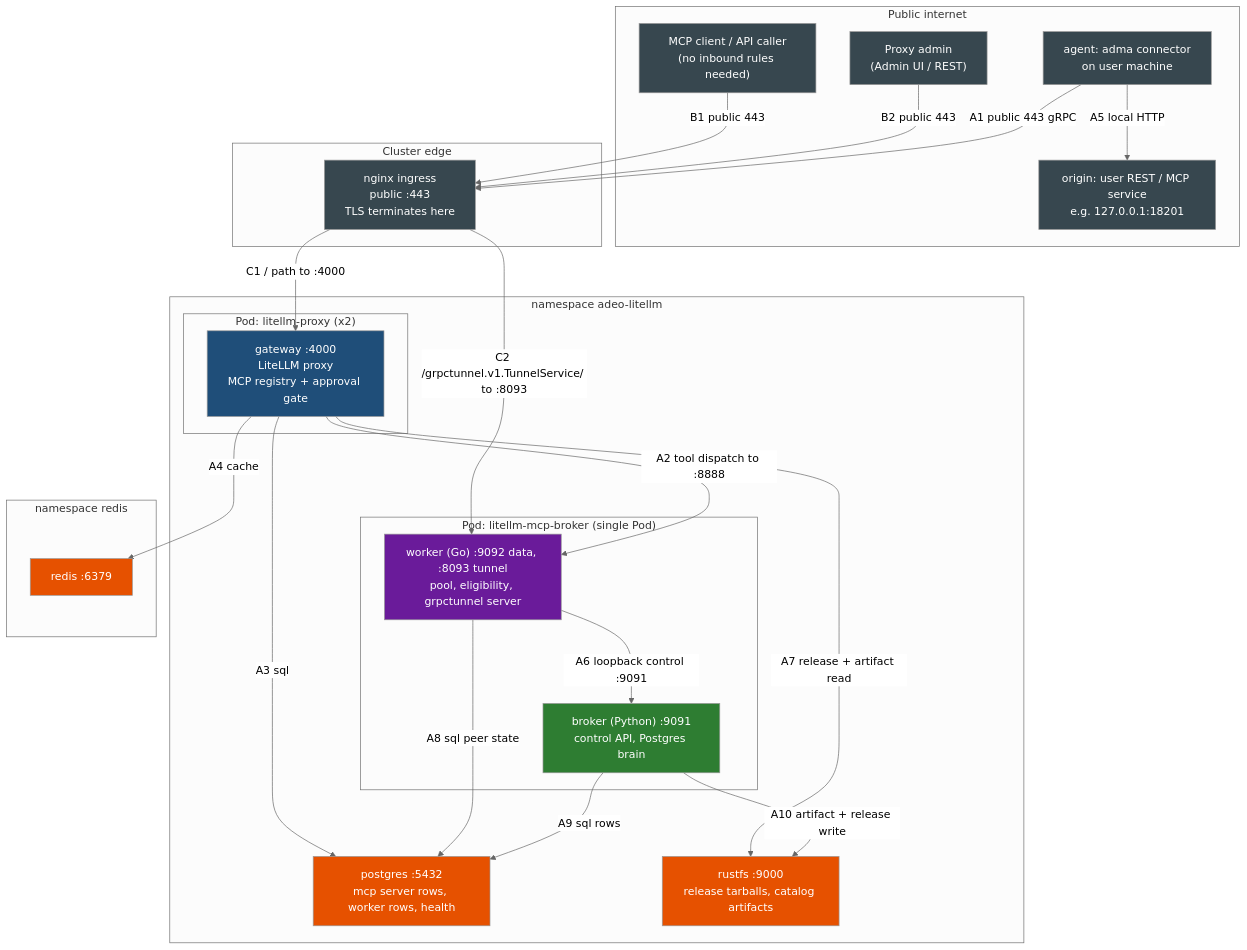
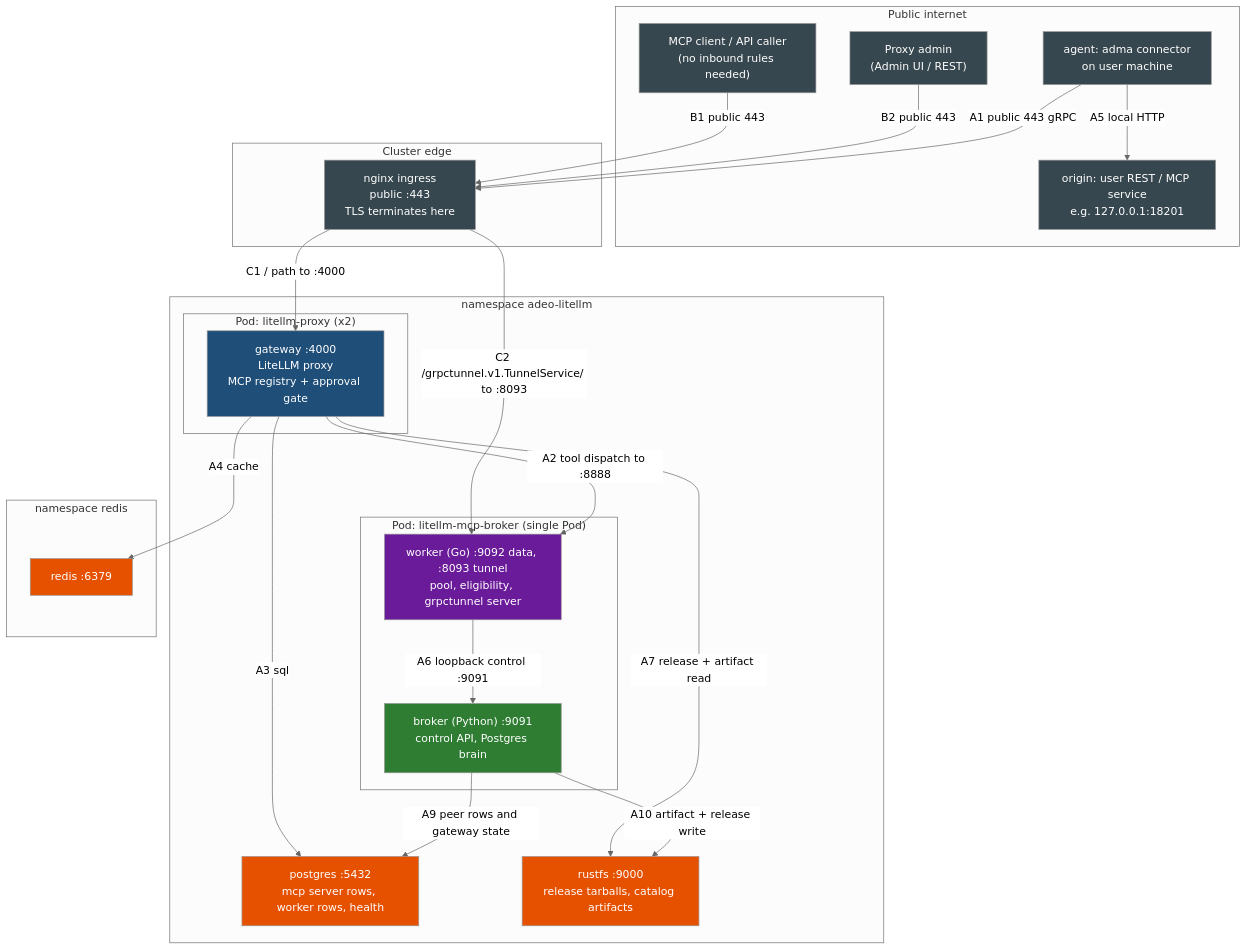
One commit to AITDEV00/litellm changed the diagram in oicm-litellm-layer/docs/mcp-architecture-qa/01-topology-diagram.md. Above: the diagram before and after it, drawn with Mermaid (neutral theme). The commit also changed other lines of this file and 18 other files, not shown here.

````diff
--- a/oicm-litellm-layer/docs/mcp-architecture-qa/01-topology-diagram.md
+++ b/oicm-litellm-layer/docs/mcp-architecture-qa/01-topology-diagram.md
@@ -35,60 +35,59 @@
 ```mermaid
 flowchart TB
     subgraph internet["Public internet"]
         client["MCP client / API caller<br/>(no inbound rules needed)"]
         admin["Proxy admin<br/>(Admin UI / REST)"]
         agent["agent: adma connector<br/>on user machine"]
         origin["origin: user REST / MCP service<br/>e.g. 127.0.0.1:18201"]
         agent -->|"A5 local HTTP"| origin
     end
 
     subgraph edge["Cluster edge"]
         nginx["nginx ingress<br/>public :443<br/>TLS terminates here"]
     end
 
     subgraph ns["namespace adeo-litellm"]
         subgraph gwpod["Pod: litellm-proxy (x2)"]
             gateway["gateway :4000<br/>LiteLLM proxy<br/>MCP registry + approval gate"]
         end
 
         subgraph brpod["Pod: litellm-mcp-broker (single Pod)"]
             broker["broker (Python) :9091<br/>control API, Postgres brain"]
             worker["worker (Go) :9092 data, :8093 tunnel<br/>pool, eligibility, grpctunnel server"]
         end
 
         pg["postgres :5432<br/>mcp server rows, worker rows, health"]
         rfs["rustfs :9000<br/>release tarballs, catalog artifacts"]
     end
 
     subgraph redispod["namespace redis"]
         redis["redis :6379"]
     end
 
     client -->|"B1 public 443"| nginx
     admin -->|"B2 public 443"| nginx
     agent -->|"A1 public 443 gRPC"| nginx
 
     nginx -->|"C1 / path to :4000"| gateway
     nginx -->|"C2 /grpctunnel.v1.TunnelService/ to :8093"| worker
 
     gateway -->|"A2 tool dispatch to :8888"| worker
     gateway -->|"A3 sql"| pg
     gateway -->|"A4 cache"| redis
     gateway -->|"A7 release + artifact read"| rfs
 
     worker -->|"A6 loopback control :9091"| broker
-    worker -->|"A8 sql peer state"| pg
-    broker -->|"A9 sql rows"| pg
+    broker -->|"A9 peer rows and gateway state"| pg
     broker -->|"A10 artifact + release write"| rfs
 
     classDef proxy fill:#1f4e79,color:#fff
     classDef py fill:#2e7d32,color:#fff
     classDef go fill:#6a1b9a,color:#fff
     classDef store fill:#e65100,color:#fff
     classDef ext fill:#37474f,color:#fff
     class gateway proxy
     class broker py
     class worker go
     class pg,redis,rfs store
     class client,admin,agent,origin,nginx ext
 ```
````
